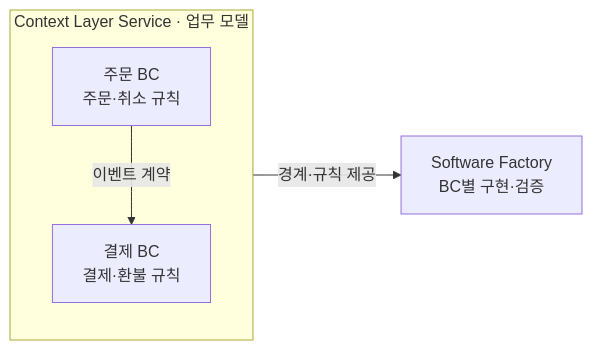
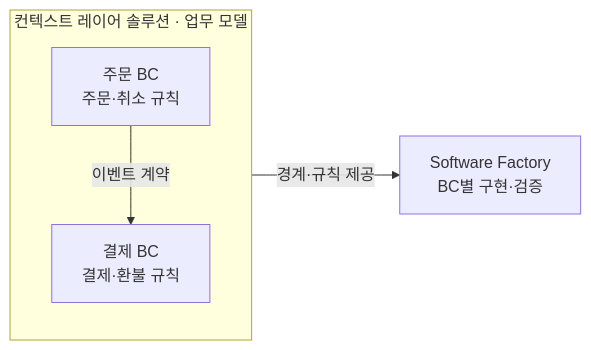
One commit to haandol/haandol.github.com changed the second of 6 diagrams in _posts/2026-11-05-enterprise-wide-ax-essentials.md. Above: the diagram before and after it, drawn with Mermaid. The commit also changed other lines of this file and 2 other files, not shown here.

````diff
--- a/_posts/2026-11-05-enterprise-wide-ax-essentials.md
+++ b/_posts/2026-11-05-enterprise-wide-ax-essentials.md
@@ -79,7 +79,7 @@
 ```mermaid
 flowchart LR
-  subgraph K["Context Layer Service · 업무 모델"]
+  subgraph K["컨텍스트 레이어 솔루션 · 업무 모델"]
     O["주문 BC<br/>주문·취소 규칙"] -->|"이벤트 계약"| P["결제 BC<br/>결제·환불 규칙"]
   end
   K -->|"경계·규칙 제공"| F["Software Factory<br/>BC별 구현·검증"]
 ```
````
